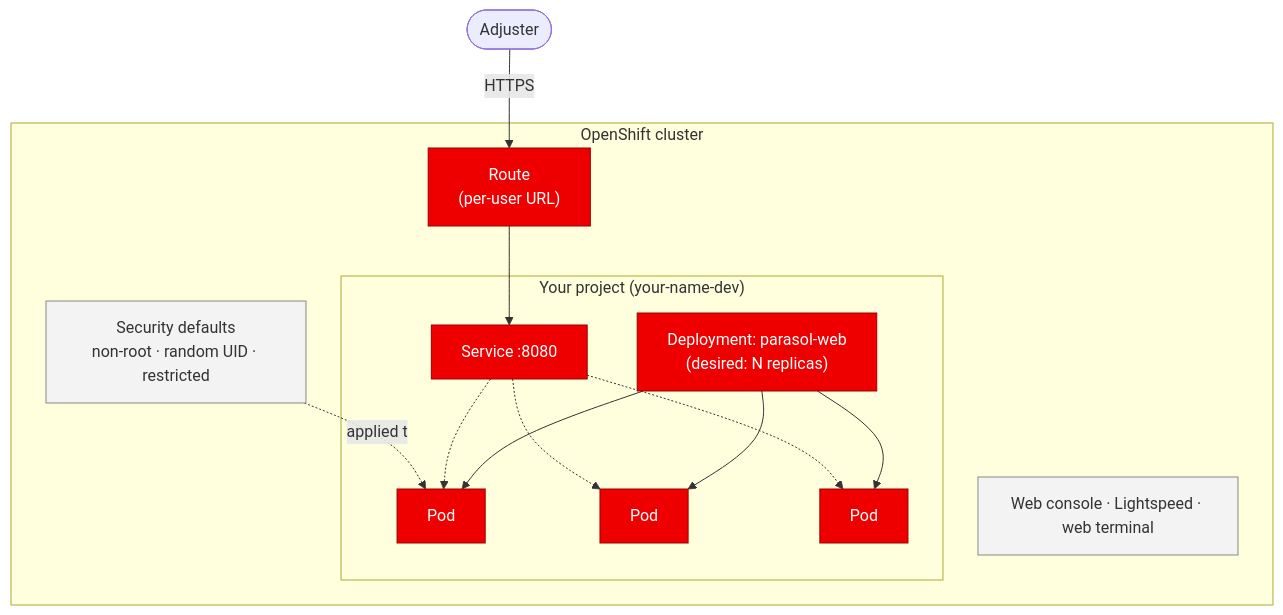
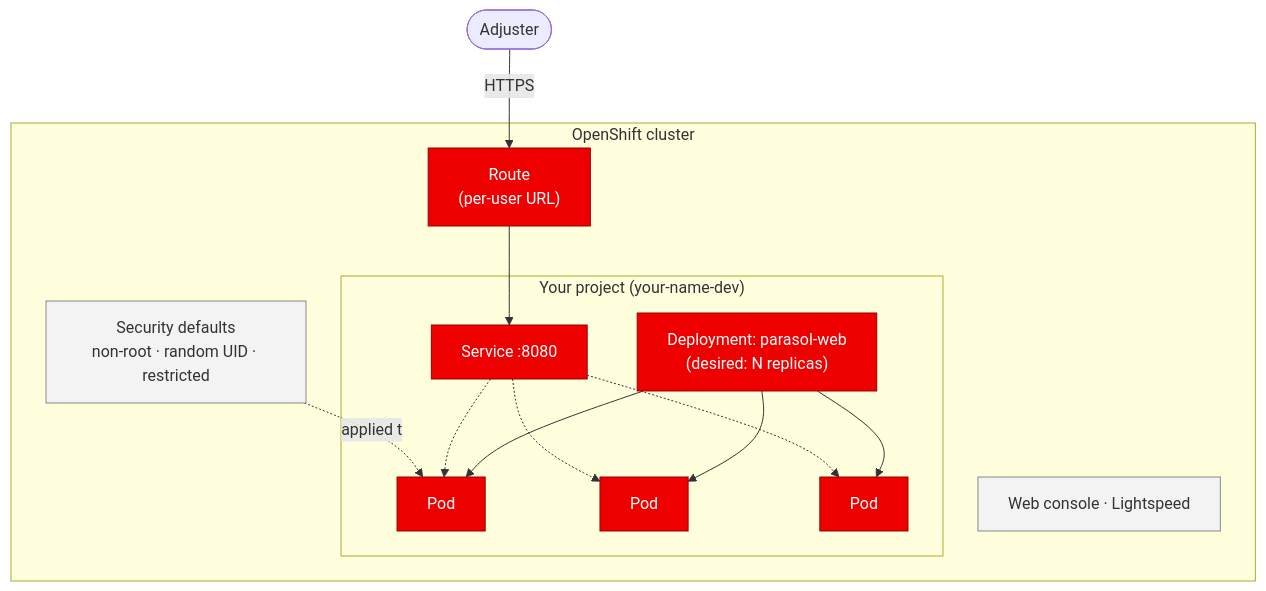
The second of 2 diagrams in content/modules/ROOT/pages/m01-platform-orientation/concept.adoc (serhat-dirik/OCP-Getting-Started-Revamped), drawn with Mermaid before and after one commit. The commit also changed other lines of this file and 5 other files, not shown here.

Commit message:
fix(m01): correct perspective claim, drop web terminal, add resources/strategy (owner review)

```diff
--- a/content/modules/ROOT/pages/m01-platform-orientation/concept.adoc
+++ b/content/modules/ROOT/pages/m01-platform-orientation/concept.adoc
@@ -97,23 +97,23 @@
 [mermaid]
 ....
 graph TB
   subgraph cluster["OpenShift cluster"]
     subgraph proj["Your project (your-name-dev)"]
       DEP["Deployment: parasol-web<br/>(desired: N replicas)"]:::hi
       POD1["Pod"]:::hi
       POD2["Pod"]:::hi
       POD3["Pod"]:::hi
       SVC["Service :8080"]:::hi
       DEP --> POD1 & POD2 & POD3
       SVC -.-> POD1 & POD2 & POD3
     end
     RT["Route<br/>(per-user URL)"]:::hi
     RT --> SVC
     SEC["Security defaults<br/>non-root · random UID · restricted"]:::plat
-    CON["Web console · Lightspeed · web terminal"]:::plat
+    CON["Web console · Lightspeed"]:::plat
     SEC -.applied to.-> POD1
   end
   USER([Adjuster]) -->|HTTPS| RT
   classDef hi fill:#e00,stroke:#900,color:#fff;
   classDef plat fill:#f3f3f3,stroke:#888,color:#333;
 ....
```
